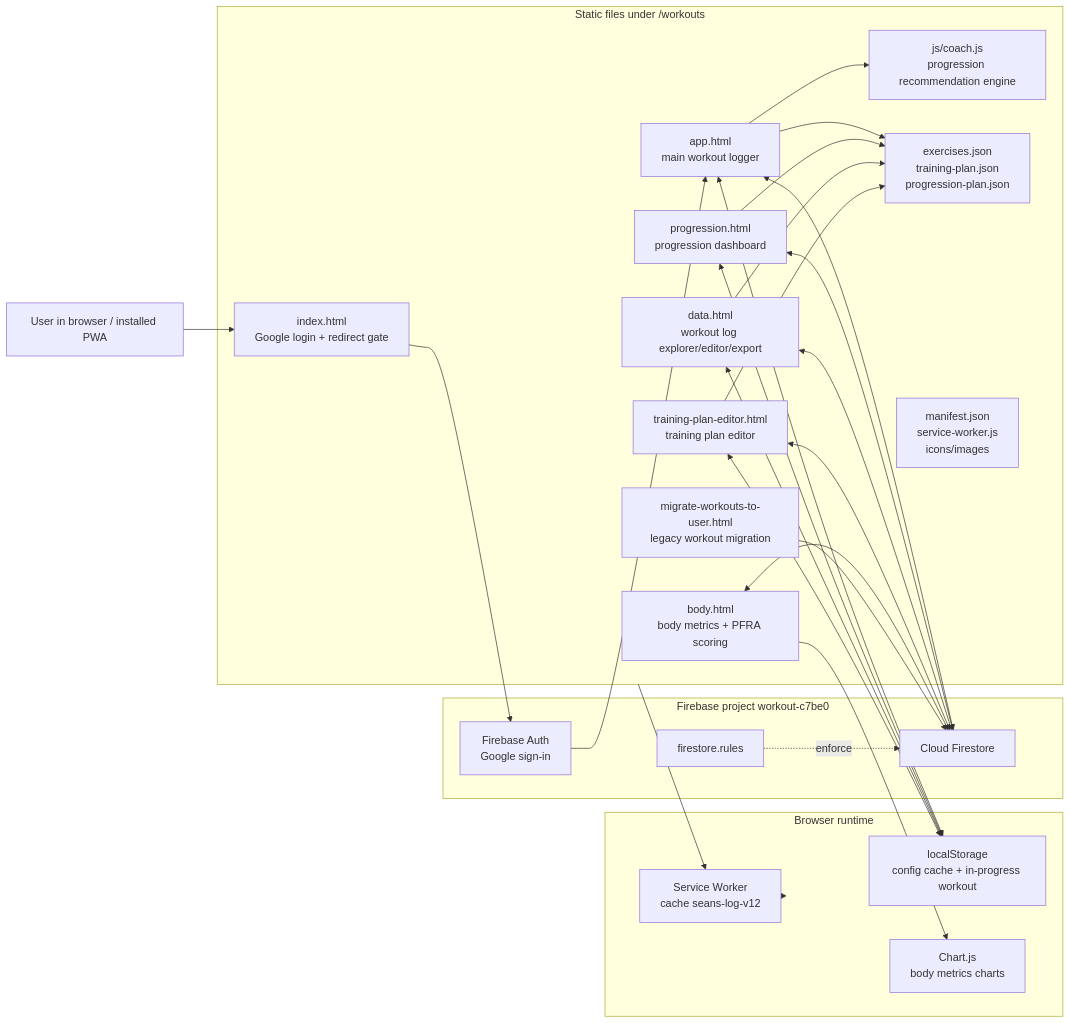
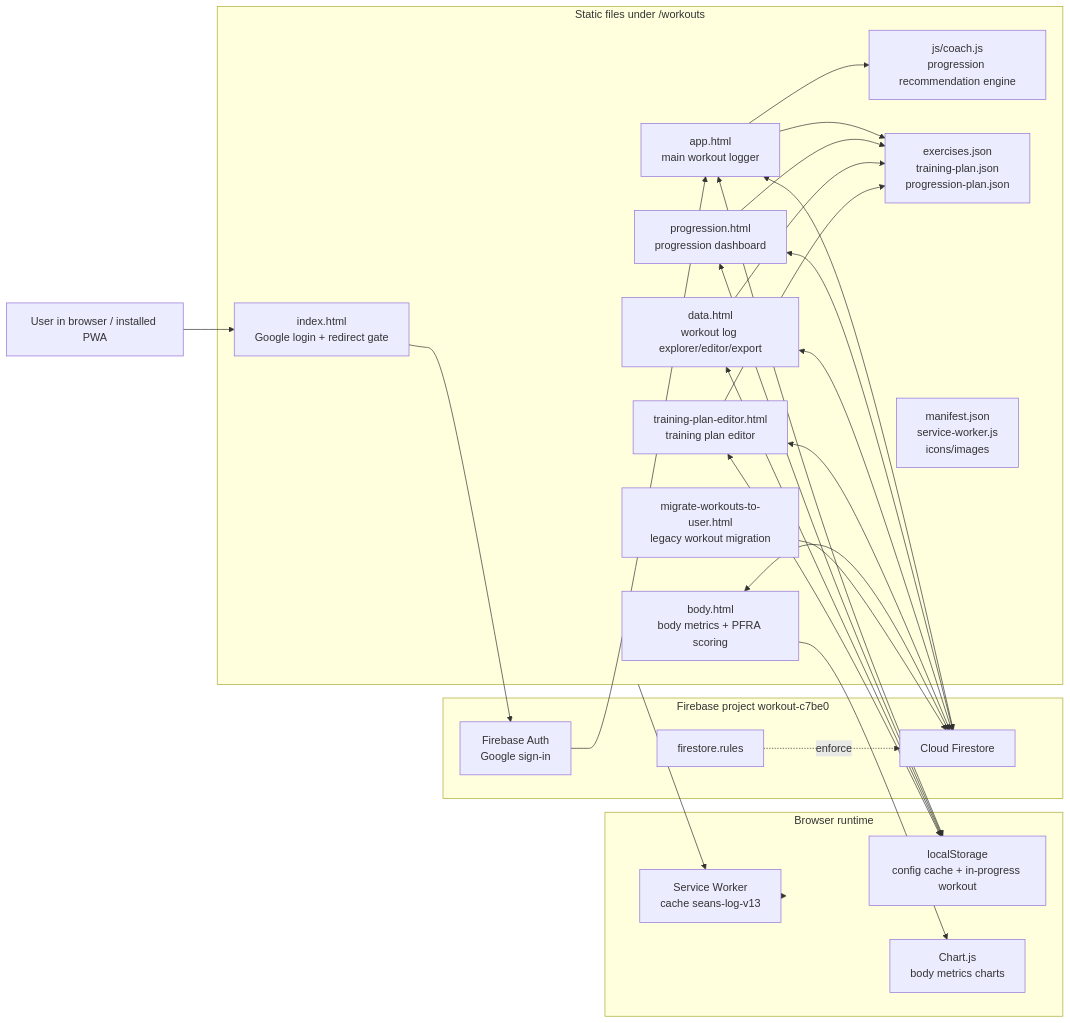
One commit to 0sps/sull1van.com changed the first of 5 diagrams in workouts/WORKOUTS_ARCHITECTURE.md. Above: the diagram before and after it, drawn with Mermaid. The commit also changed other lines of this file and 2 other files, not shown here.

````diff
--- a/workouts/WORKOUTS_ARCHITECTURE.md
+++ b/workouts/WORKOUTS_ARCHITECTURE.md
@@ -13,52 +13,52 @@
 ```mermaid
 flowchart LR
     User["User in browser / installed PWA"]
 
     subgraph Static["Static files under /workouts"]
         Login["index.html<br/>Google login + redirect gate"]
         App["app.html<br/>main workout logger"]
         Progression["progression.html<br/>progression dashboard"]
         Body["body.html<br/>body metrics + PFRA scoring"]
         Data["data.html<br/>workout log explorer/editor/export"]
         Editor["training-plan-editor.html<br/>training plan editor"]
         Migration["migrate-workouts-to-user.html<br/>legacy workout migration"]
         Coach["js/coach.js<br/>progression recommendation engine"]
         Seeds["exercises.json<br/>training-plan.json<br/>progression-plan.json"]
         PWA["manifest.json<br/>service-worker.js<br/>icons/images"]
     end
 
     subgraph Browser["Browser runtime"]
-        SW["Service Worker<br/>cache seans-log-v12"]
+        SW["Service Worker<br/>cache seans-log-v13"]
         LS["localStorage<br/>config cache + in-progress workout"]
         Charts["Chart.js<br/>body metrics charts"]
     end
 
     subgraph Firebase["Firebase project workout-c7be0"]
         Auth["Firebase Auth<br/>Google sign-in"]
         Firestore["Cloud Firestore"]
         Rules["firestore.rules"]
     end
 
     User --> Login
     Login --> Auth
     Auth --> App
     App --> Coach
     App --> Seeds
     Progression --> Seeds
     Data --> Seeds
     Editor --> Seeds
     App <--> LS
     Progression <--> LS
     Data <--> LS
     Editor <--> LS
     Body --> Charts
     Static --> SW
     SW --> Browser
     App <--> Firestore
     Progression <--> Firestore
     Data <--> Firestore
     Editor <--> Firestore
     Body <--> Firestore
     Migration --> Firestore
     Rules -. enforce .-> Firestore
 ```
````
